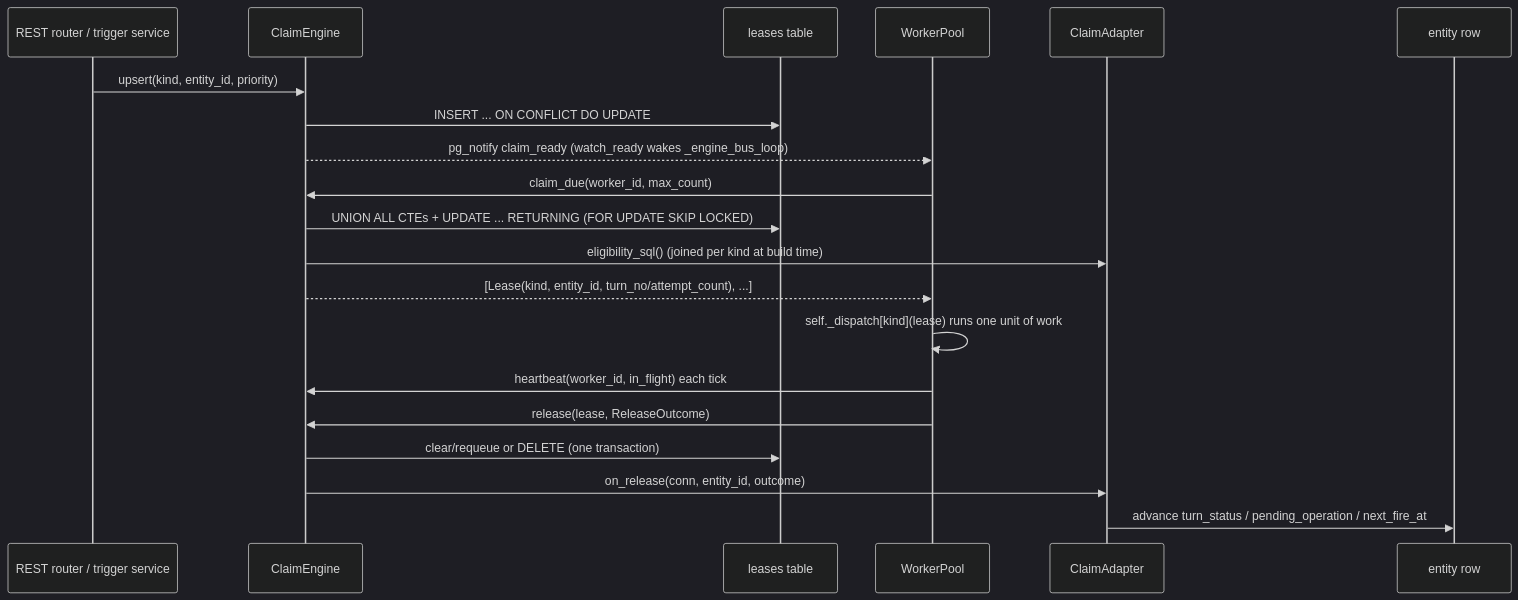
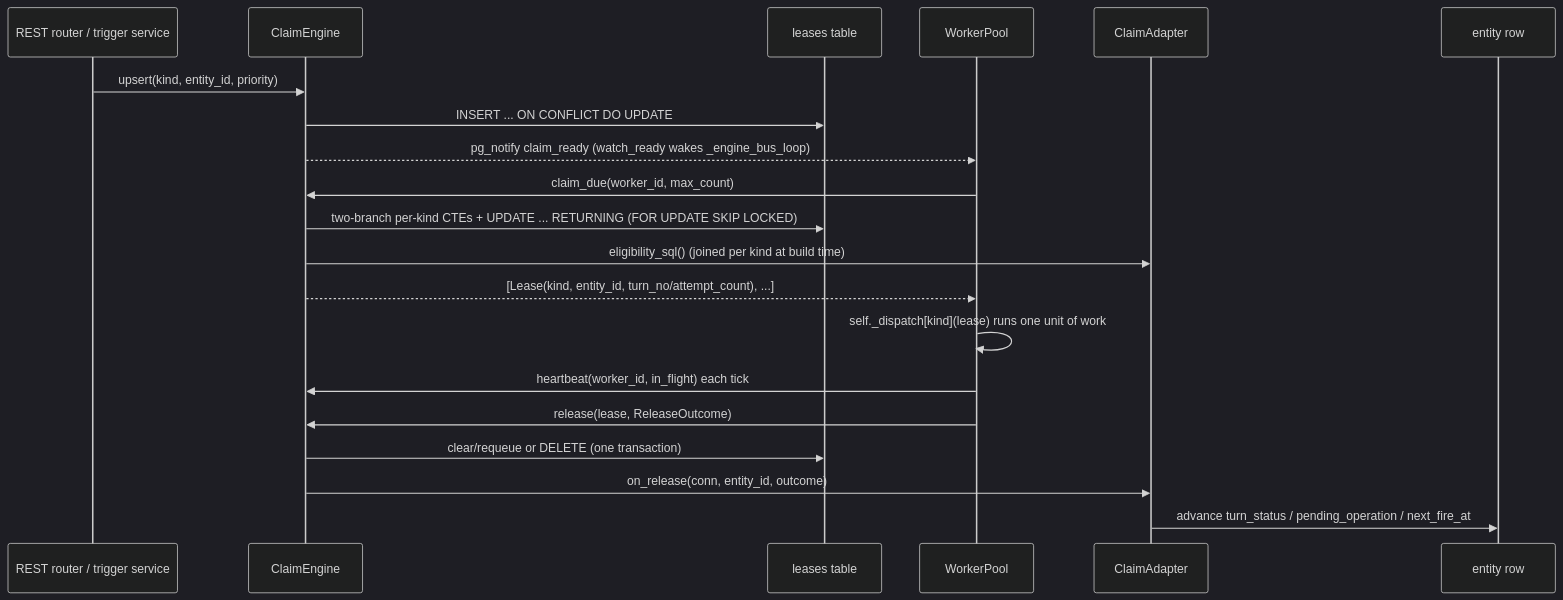
Before and after one commit to primerhq/primer: the third of 3 diagrams in docs/dev/architecture/claim-machine.md, drawn with Mermaid (dark theme). The commit also changed other lines of this file and 7 other files, not shown here.

````diff
--- a/docs/dev/architecture/claim-machine.md
+++ b/docs/dev/architecture/claim-machine.md
@@ -151,23 +151,23 @@
 ```mermaid
 sequenceDiagram
     participant Producer as REST router / trigger service
     participant Engine as ClaimEngine
     participant Table as leases table
     participant Pool as WorkerPool
     participant Adapter as ClaimAdapter
     participant Entity as entity row
 
     Producer->>Engine: upsert(kind, entity_id, priority)
     Engine->>Table: INSERT ... ON CONFLICT DO UPDATE
     Engine-->>Pool: pg_notify claim_ready (watch_ready wakes _engine_bus_loop)
     Pool->>Engine: claim_due(worker_id, max_count)
-    Engine->>Table: UNION ALL CTEs + UPDATE ... RETURNING (FOR UPDATE SKIP LOCKED)
+    Engine->>Table: two-branch per-kind CTEs + UPDATE ... RETURNING (FOR UPDATE SKIP LOCKED)
     Engine->>Adapter: eligibility_sql() (joined per kind at build time)
     Engine-->>Pool: [Lease(kind, entity_id, turn_no/attempt_count), ...]
     Pool->>Pool: self._dispatch[kind](lease) runs one unit of work
     Pool->>Engine: heartbeat(worker_id, in_flight) each tick
     Pool->>Engine: release(lease, ReleaseOutcome)
     Engine->>Table: clear/requeue or DELETE (one transaction)
     Engine->>Adapter: on_release(conn, entity_id, outcome)
     Adapter->>Entity: advance turn_status / pending_operation / next_fire_at
 ```
````
